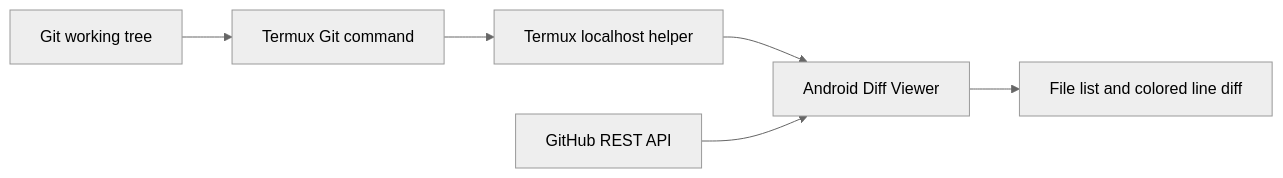
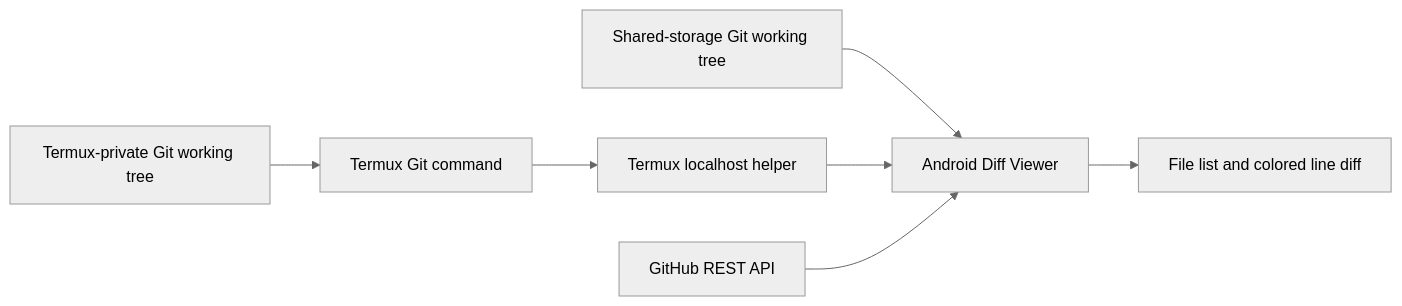
One commit to yyasutakeee/diff-viewer-android changed the first of 2 diagrams in docs/product-overview.md. Above: the diagram before and after it, drawn with Mermaid (neutral theme). The commit also changed other lines of this file and 16 other files, not shown here.

````diff
--- a/docs/product-overview.md
+++ b/docs/product-overview.md
@@ -33,8 +35,9 @@
 ```mermaid
 flowchart LR
-    A[Git working tree] --> B[Termux Git command]
+    A[Shared-storage Git working tree] --> D[Android Diff Viewer]
+    T[Termux-private Git working tree] --> B[Termux Git command]
     B --> C[Termux localhost helper]
-    C --> D[Android Diff Viewer]
+    C --> D
     G[GitHub REST API] --> D
     D --> E[File list and colored line diff]
 ```
````
